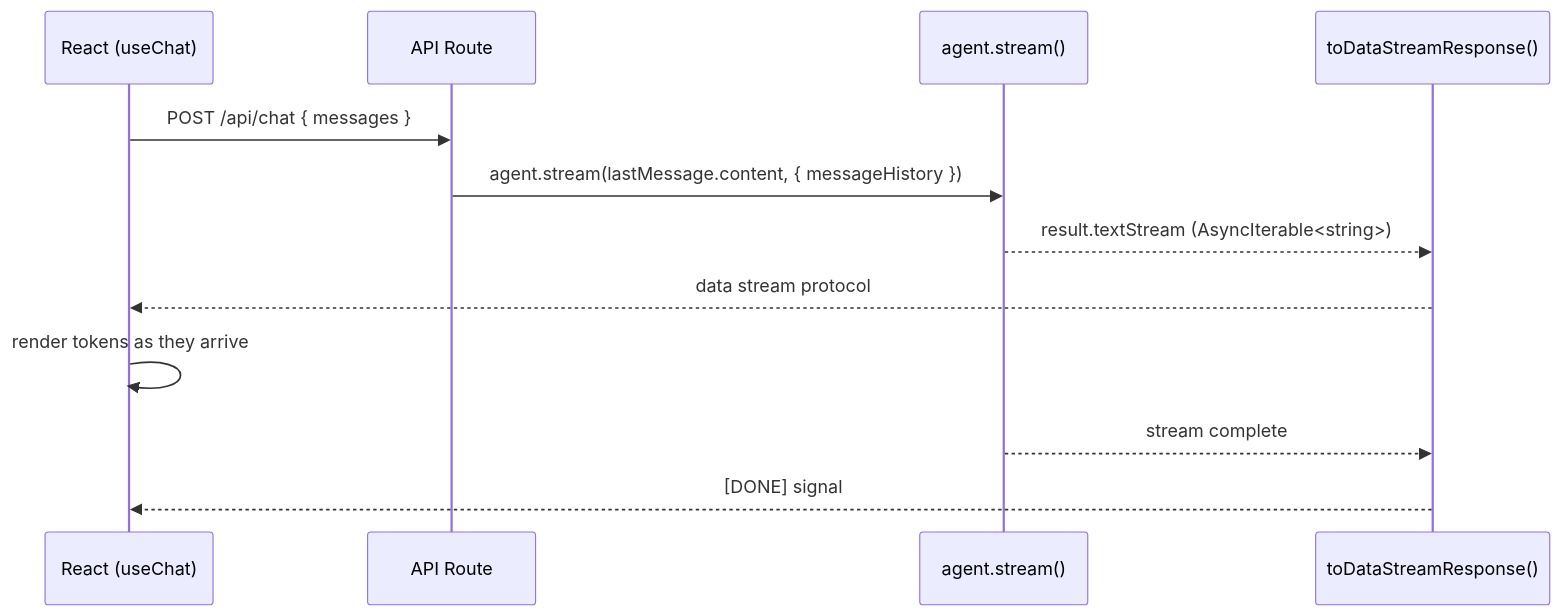
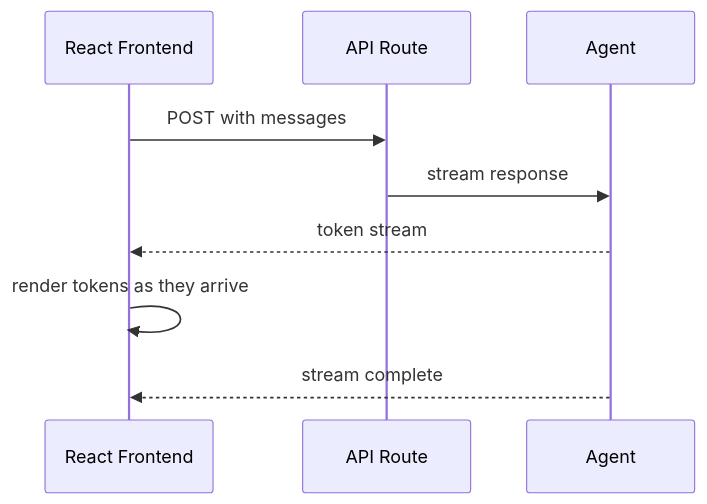
One commit to a7ul/vibes changed the diagram in packages/framework/docs/integrations/vercel-ai-ui.mdx. Above: the diagram before and after it, drawn with Mermaid. The commit also changed 26 other files, not shown here.

````diff
--- a/packages/framework/docs/integrations/vercel-ai-ui.mdx
+++ b/packages/framework/docs/integrations/vercel-ai-ui.mdx
@@ -10,15 +10,12 @@
 ```mermaid
 sequenceDiagram
-    participant UI as React (useChat)
+    participant UI as React Frontend
     participant API as API Route
-    participant A as agent.stream()
-    participant S as toDataStreamResponse()
+    participant Agent
 
-    UI->>API: POST /api/chat { messages }
-    API->>A: agent.stream(lastMessage.content, { messageHistory })
-    A-->>S: result.textStream (AsyncIterable<string>)
-    S-->>UI: data stream protocol
+    UI->>API: POST with messages
+    API->>Agent: stream response
+    Agent-->>UI: token stream
     UI->>UI: render tokens as they arrive
-    A-->>S: stream complete
-    S-->>UI: [DONE] signal
+    Agent-->>UI: stream complete
 ```
````
